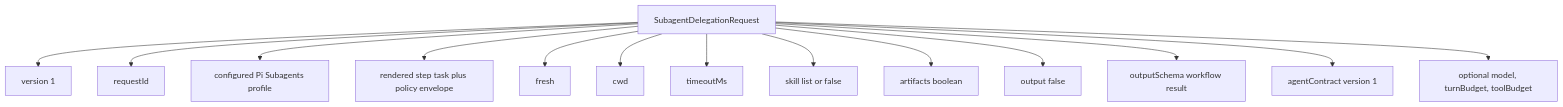
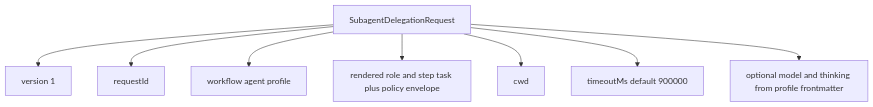
One commit to wichayutdew/pi-workflows changed the second of 6 diagrams in openwiki/integrations/subagents.md. Above: the diagram before and after it, drawn with Mermaid. The commit also changed other lines of this file and 16 other files, not shown here.

````diff
--- a/openwiki/integrations/subagents.md
+++ b/openwiki/integrations/subagents.md
@@ -37,16 +39,10 @@
 ```mermaid
 flowchart TD
   Request[SubagentDelegationRequest] --> Version[version 1]
   Request --> Id[requestId]
-  Request --> Agent[configured Pi Subagents profile]
-  Request --> Task[rendered step task plus policy envelope]
-  Request --> Context[fresh]
+  Request --> Agent[workflow agent profile]
+  Request --> Task[rendered role and step task plus policy envelope]
   Request --> Cwd[cwd]
-  Request --> Timeout[timeoutMs]
-  Request --> Skills[skill list or false]
-  Request --> Artifacts[artifacts boolean]
-  Request --> Output[output false]
-  Request --> Schema[outputSchema workflow result]
-  Request --> Contract[agentContract version 1]
-  Request --> Optional[optional model, turnBudget, toolBudget]
+  Request --> Timeout[timeoutMs default 900000]
+  Request --> Optional[optional model and thinking from profile frontmatter]
 ```
````
